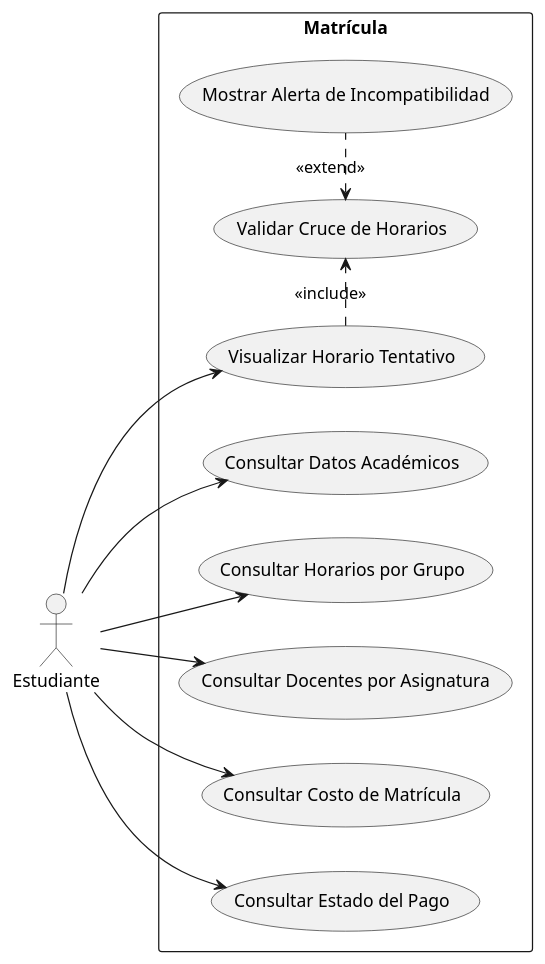
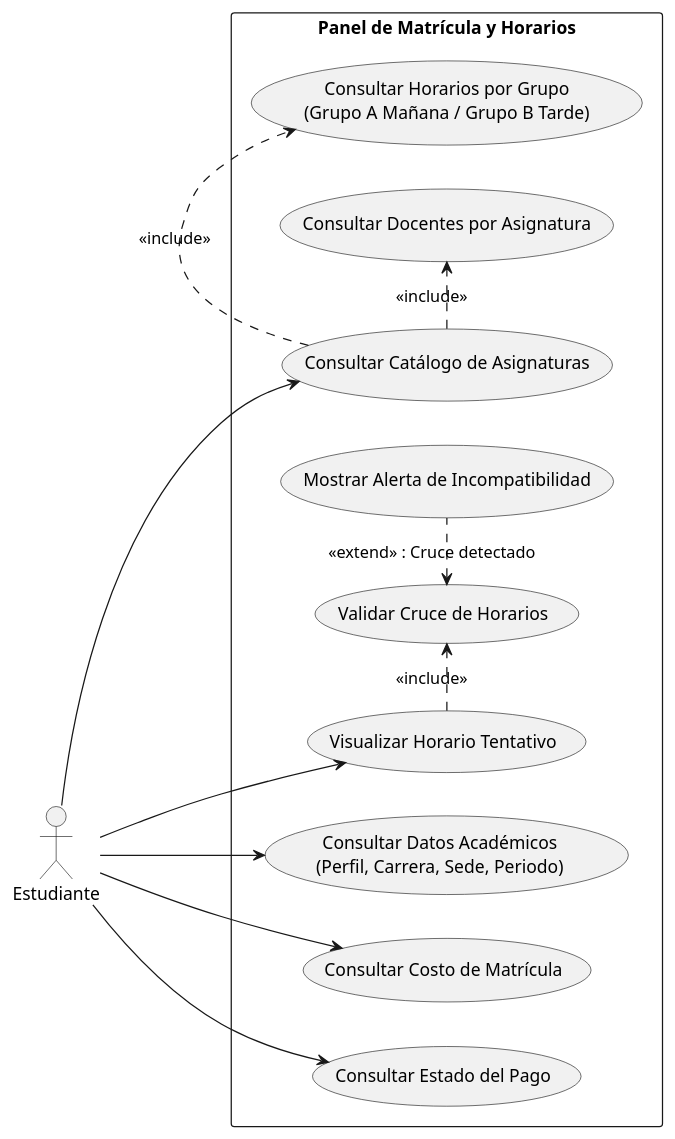
One commit to jsondev999/sistema-matricula changed the diagram in diagramas/casos-de-uso/matricula.puml. Above: the diagram before and after it, drawn with PlantUML. The commit also changed 6 other files, not shown here.

Commit message:
Actualiza diagramas

```diff
--- a/diagramas/casos-de-uso/matricula.puml
+++ b/diagramas/casos-de-uso/matricula.puml
@@ -1,27 +1,32 @@
 @startuml matricula
 left to right direction
 skinparam packageStyle rectangle
 
 actor "Estudiante" as est
 
-rectangle "Matrícula" {
-    usecase "Consultar Datos Académicos" as UC_VerPerfil
-    usecase "Consultar Horarios por Grupo" as UC_VerHorarios
+rectangle "Panel de Matrícula y Horarios" {
+    usecase "Consultar Datos Académicos\n(Perfil, Carrera, Sede, Periodo)" as UC_VerPerfil
+    usecase "Consultar Catálogo de Asignaturas" as UC_VerCatalogo
+    usecase "Consultar Horarios por Grupo\n(Grupo A Mañana / Grupo B Tarde)" as UC_VerHorarios
     usecase "Consultar Docentes por Asignatura" as UC_VerDocentes
+    
     usecase "Visualizar Horario Tentativo" as UC_VerGrilla
     usecase "Validar Cruce de Horarios" as UC_ValidarCruce
     usecase "Mostrar Alerta de Incompatibilidad" as UC_AlertaCruce
+    
     usecase "Consultar Costo de Matrícula" as UC_VerCosto
     usecase "Consultar Estado del Pago" as UC_VerPago
 }
 
 est --> UC_VerPerfil
-est --> UC_VerHorarios
-est --> UC_VerDocentes
+est --> UC_VerCatalogo
 est --> UC_VerGrilla
 est --> UC_VerCosto
 est --> UC_VerPago
 
+UC_VerCatalogo .> UC_VerHorarios : <<include>>
+UC_VerCatalogo .> UC_VerDocentes : <<include>>
+
 UC_VerGrilla .> UC_ValidarCruce : <<include>>
-UC_ValidarCruce <. UC_AlertaCruce : <<extend>>
+UC_ValidarCruce <. UC_AlertaCruce : <<extend>> : Cruce detectado
 @enduml
```
